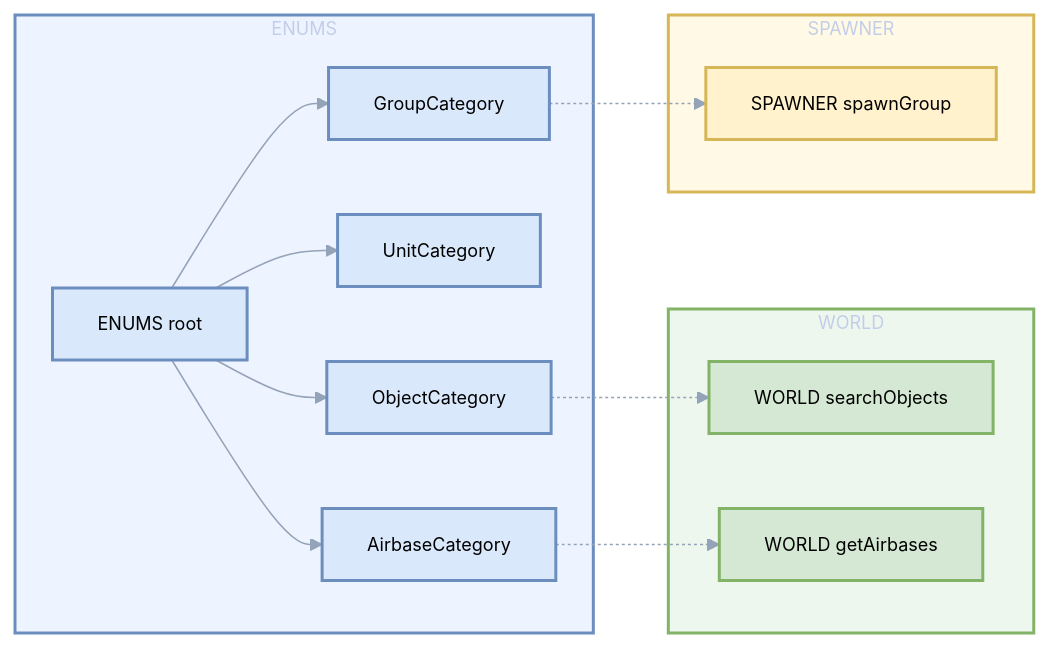
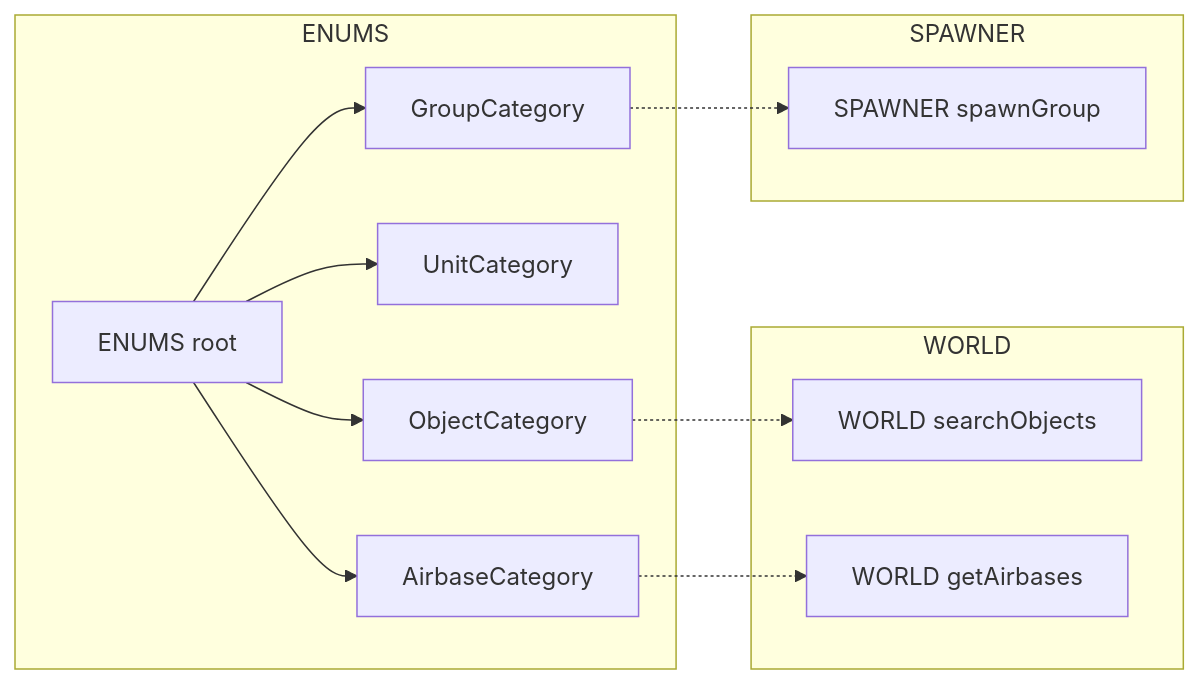
Before and after one commit to Gh0st352/AETHR: the first of 2 diagrams in docs/enums/categories.md, drawn with Mermaid. The commit also changed other lines of this file and 7 other files, not shown here.

First line of the commit message:
docs(enums): normalize Mermaid labels and formatting

````diff
--- a/docs/enums/categories.md
+++ b/docs/enums/categories.md
@@ -20,47 +20,34 @@
 ```mermaid
-%%{init: {"theme":"base", "themeVariables": {"primaryColor":"#0f172a","primaryTextColor":"#000000ff","lineColor":"#94a3b8","fontSize":"12px"}}}%%
+%% shared theme: docs/_mermaid/theme.json %%
 flowchart LR
 
-%% Styles
-classDef enums fill:#dae8fc,stroke:#6c8ebf,stroke-width:2px;
-classDef world fill:#d5e8d4,stroke:#82b366,stroke-width:2px;
-classDef spawner fill:#fff2cc,stroke:#d6b656,stroke-width:2px;
-
-%% Groups
-subgraph sgEnums [ENUMS]
+subgraph "ENUMS" ["ENUMS"]
   EN[ENUMS root]
   OC[ObjectCategory]
   UC[UnitCategory]
   GC[GroupCategory]
   AC[AirbaseCategory]
 end
 
-subgraph sgWorld [WORLD]
+subgraph "WORLD" ["WORLD"]
   WS[WORLD searchObjects]
   GA[WORLD getAirbases]
 end
 
-subgraph sgSpawner [SPAWNER]
+subgraph "SPAWNER" ["SPAWNER"]
   SP[SPAWNER spawnGroup]
 end
 
-%% Relationships
 EN --> OC
 EN --> UC
 EN --> GC
 EN --> AC
 
 OC -.-> WS
 GC -.-> SP
 AC -.-> GA
 
-%% Apply classes
-class EN,OC,UC,GC,AC enums
-class WS,GA world
-class SP spawner
-
-%% Subgraph styles
-style sgEnums fill:#eef4ff,stroke:#6c8ebf,stroke-width:2px
-style sgWorld fill:#edf7ed,stroke:#82b366,stroke-width:2px
-style sgSpawner fill:#fff9e6,stroke:#d6b656,stroke-width:2px
+class EN,OC,UC,GC,AC class_data;
+class WS,GA class_compute;
+class SP class_compute;
 ```
````
